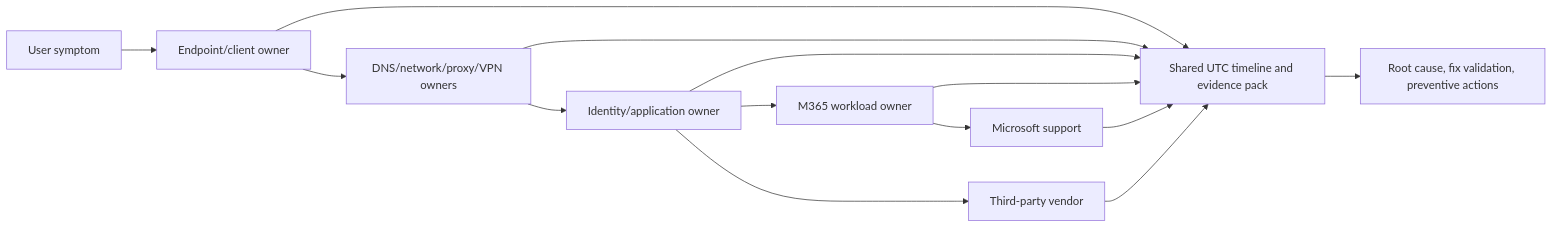
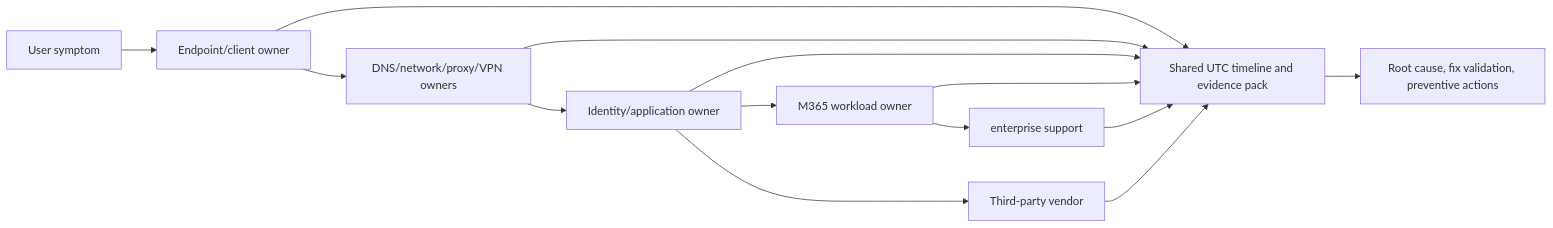
One commit to hichauhan-in/Interview-Prep changed diagram 19 of 21 in Deloitte M365 Security Consultant/prep/Part-05-networking-identity-application-protocols.md. Above: the diagram before and after it, drawn with Mermaid. The commit also changed other lines of this file and 493 other files, not shown here.

````diff
--- a/Deloitte M365 Security Consultant/prep/Part-05-networking-identity-application-protocols.md
+++ b/Deloitte M365 Security Consultant/prep/Part-05-networking-identity-application-protocols.md
@@ -945,16 +945,16 @@
 ```mermaid
 flowchart LR
     USER[User symptom] --> CLIENT[Endpoint/client owner]
     CLIENT --> NET[DNS/network/proxy/VPN owners]
     NET --> ID[Identity/application owner]
     ID --> WORK[M365 workload owner]
-    WORK --> MS[Microsoft support]
+    WORK --> MS[enterprise support]
     ID --> VENDOR[Third-party vendor]
     CLIENT --> TIMELINE[Shared UTC timeline and evidence pack]
     NET --> TIMELINE
     ID --> TIMELINE
     WORK --> TIMELINE
     MS --> TIMELINE
     VENDOR --> TIMELINE
     TIMELINE --> RCA[Root cause, fix validation, preventive actions]
 ```
````
